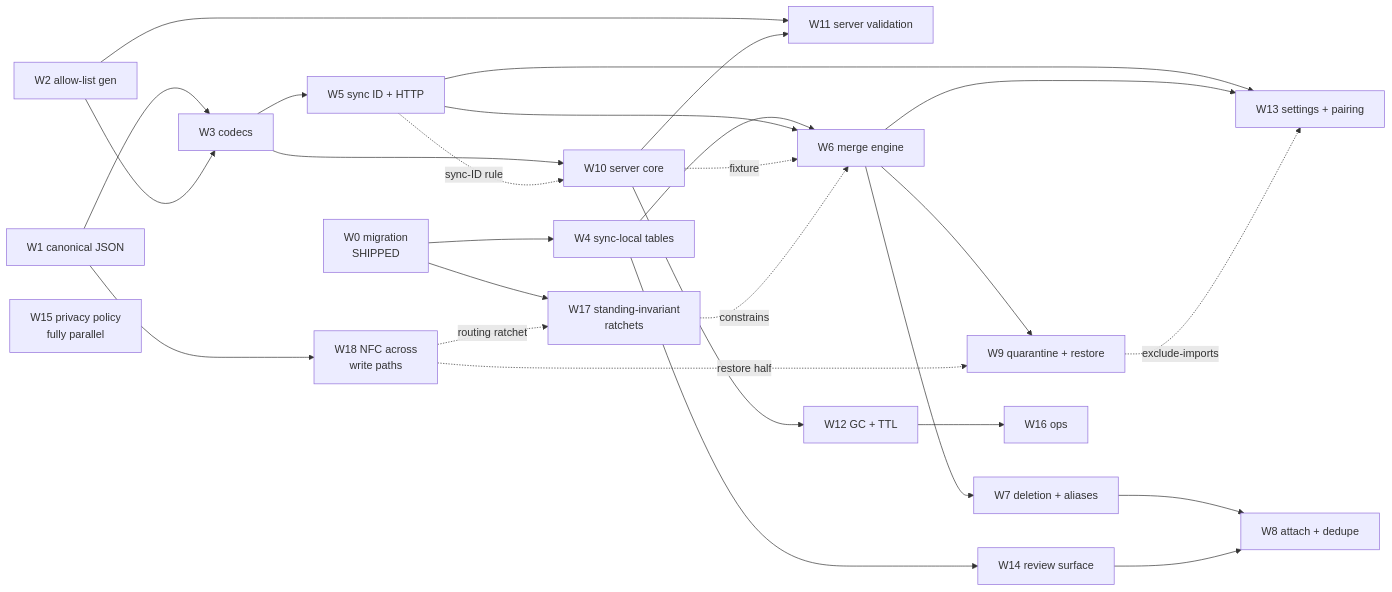
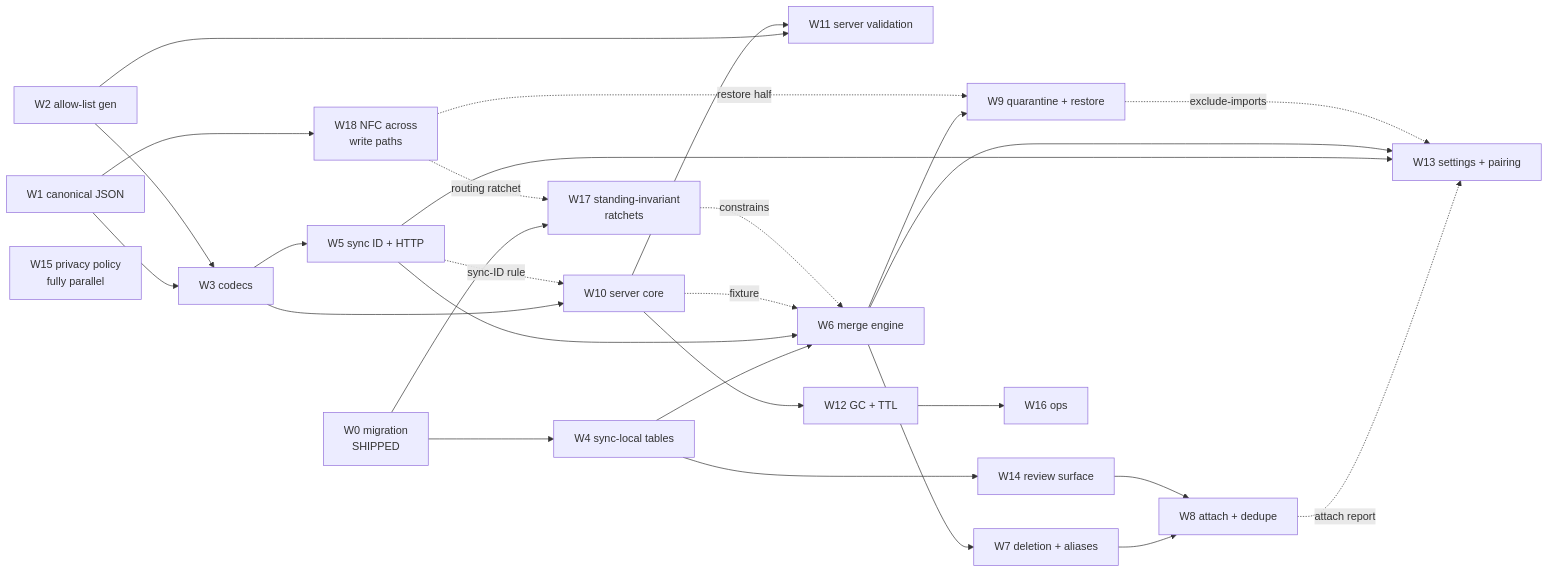
One commit to ibanner56/CallersCompendium changed the diagram in docs/design/sync-implementation.md. Above: the diagram before and after it, drawn with Mermaid. The commit also changed other lines of this file and 3 other files, not shown here.

````diff
--- a/docs/design/sync-implementation.md
+++ b/docs/design/sync-implementation.md
@@ -1141,30 +1175,31 @@
 ```mermaid
 graph LR
   W0[W0 migration<br/>SHIPPED] --> W4[W4 sync-local tables]
   W1[W1 canonical JSON] --> W3[W3 codecs]
   W2[W2 allow-list gen] --> W3
   W2 --> W11[W11 server validation]
   W3 --> W5[W5 sync ID + HTTP]
   W3 --> W10[W10 server core]
   W5 -.sync-ID rule.-> W10
   W4 --> W6[W6 merge engine]
   W5 --> W6
   W10 -.fixture.-> W6
   W10 --> W11
   W10 --> W12[W12 GC + TTL]
   W6 --> W7[W7 deletion + aliases]
   W7 --> W8[W8 attach + dedupe]
   W6 --> W9[W9 quarantine + restore]
   W4 --> W14[W14 review surface]
   W14 --> W8
+  W8 -.attach report.-> W13
   W5 --> W13[W13 settings + pairing]
   W6 --> W13
   W9 -.exclude-imports.-> W13
   W12 --> W16[W16 ops]
   W15[W15 privacy policy<br/>fully parallel]
   W17[W17 standing-invariant<br/>ratchets] -.constrains.-> W6
   W0 --> W17
   W1 --> W18[W18 NFC across<br/>write paths]
   W18 -.restore half.-> W9
   W18 -.routing ratchet.-> W17
 ```
````
